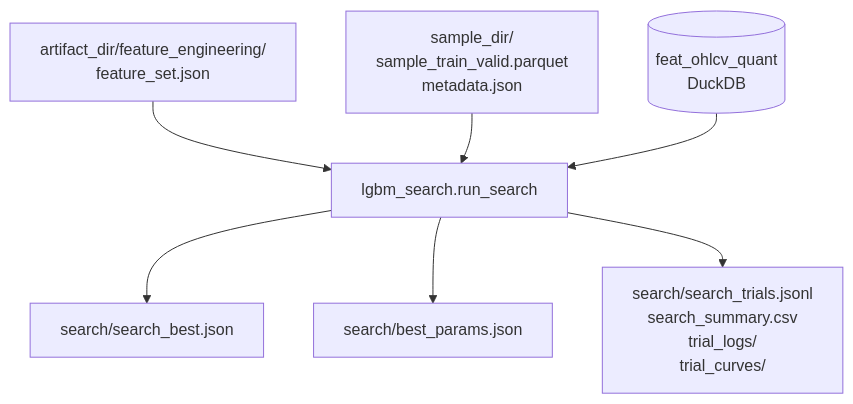
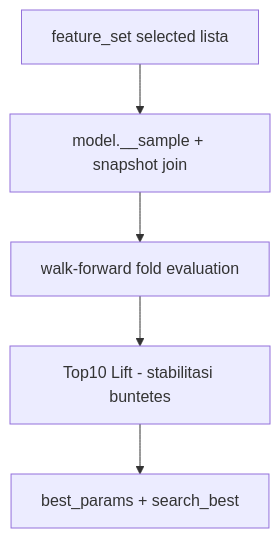
One commit to Nemesis14/chronoquant changed the first of 4 diagrams in _doc_/methodology_doc/5500_hyper_param_search.md. Above: the diagram before and after it, drawn with Mermaid. The commit also changed other lines of this file and 170 other files, not shown here.

````diff
--- a/_doc_/methodology_doc/5500_hyper_param_search.md
+++ b/_doc_/methodology_doc/5500_hyper_param_search.md
@@ -11,9 +9,10 @@
 ```mermaid
 flowchart TD
-  FE[artifact_dir/feature_engineering/\nfeature_set.json] --> S[lgbm_search.run_search]
-  SP[sample_dir/\nsample_train_valid.parquet\nmetadata.json] --> S
-  DB[(feat_ohlcv_quant\nDuckDB)] --> S
-  S --> O1[search/search_best.json]
-  S --> O2[search/best_params.json]
-  S --> O3[search/search_trials.jsonl\nsearch_summary.csv\ntrial_logs/\ntrial_curves/]
+  FE[feature_set selected lista]
+  SAMPLE[model.__sample + snapshot join]
+  CV[walk-forward fold evaluation]
+  OBJ[Top10 Lift - stabilitasi buntetes]
+  BEST[best_params + search_best]
+
+  FE --> SAMPLE --> CV --> OBJ --> BEST
 ```
````
